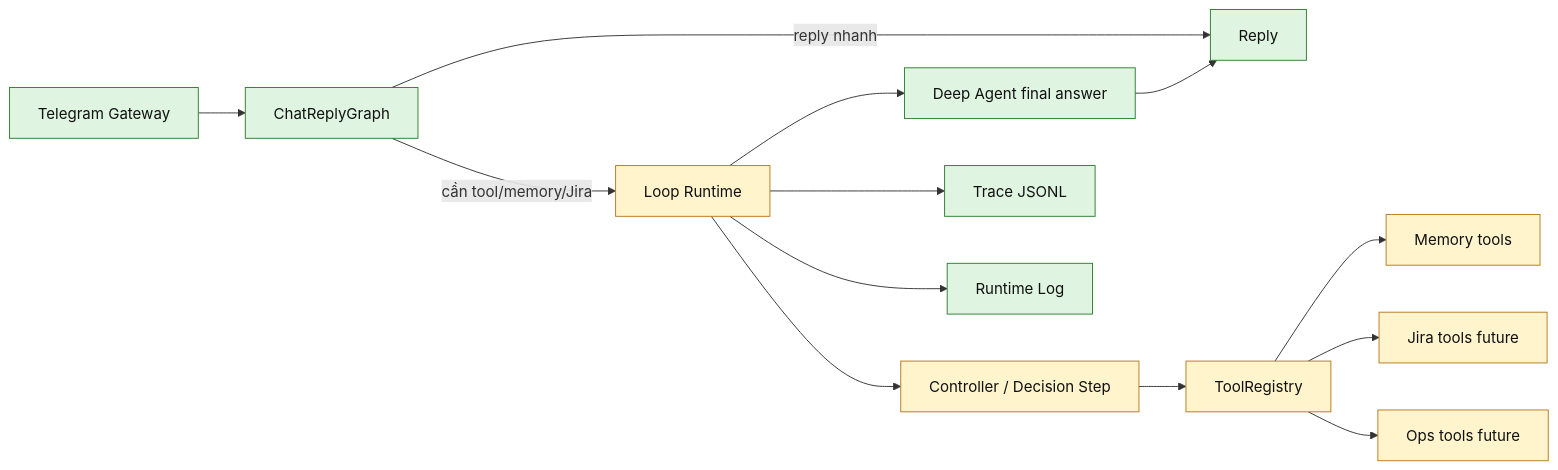
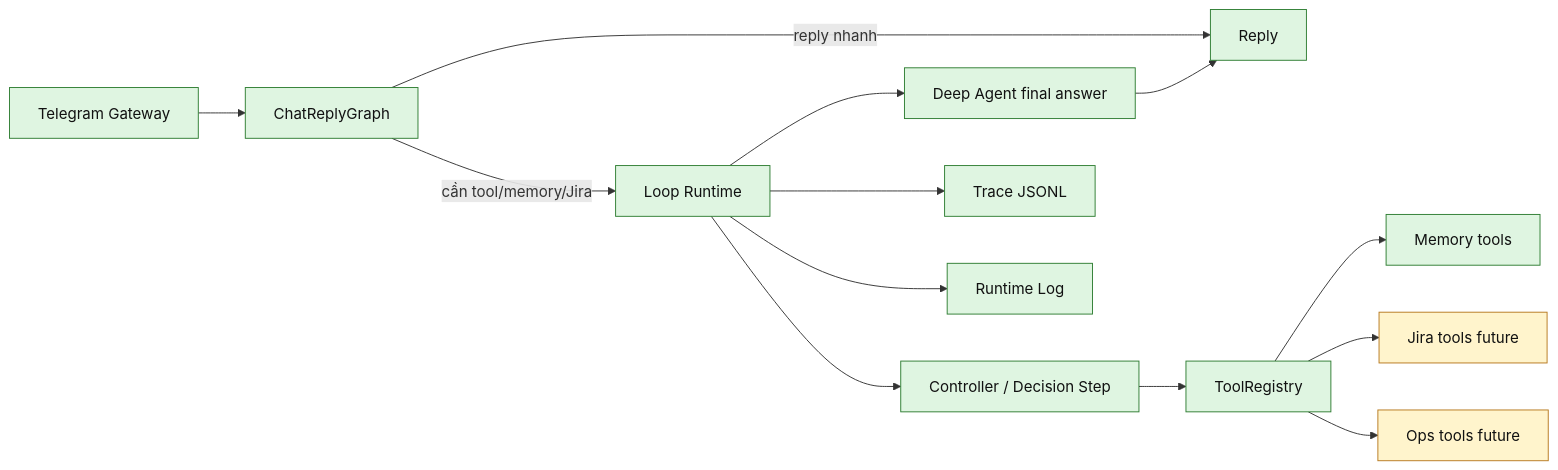
The diagram in docs/loop/architecture.md (LuongAnh1/Niko_Agent), drawn with Mermaid before and after one commit. The commit also changed other lines of this file and 14 other files, not shown here.

````diff
--- a/docs/loop/architecture.md
+++ b/docs/loop/architecture.md
@@ -37,22 +37,22 @@
 ```mermaid
 flowchart LR
     Gateway[Telegram Gateway] --> Graph[ChatReplyGraph]
     Graph -->|reply nhanh| Reply[Reply]
     Graph -->|cần tool/memory/Jira| Loop[Loop Runtime]
     Loop --> Controller[Controller / Decision Step]
     Controller --> Registry[ToolRegistry]
     Registry --> MemoryTools[Memory tools]
     Registry --> JiraTools[Jira tools future]
     Registry --> OpsTools[Ops tools future]
     Loop --> Deep[Deep Agent final answer]
     Deep --> Reply
 
     Loop --> Trace[Trace JSONL]
     Loop --> RuntimeLog[Runtime Log]
 
     classDef done fill:#dff5e1,stroke:#2e7d32,color:#111;
     classDef planned fill:#fff4cc,stroke:#b7791f,color:#111;
 
-    class Gateway,Graph,Reply,Deep,Trace,RuntimeLog done;
-    class Loop,Controller,Registry,MemoryTools,JiraTools,OpsTools planned;
+    class Gateway,Graph,Reply,Deep,Trace,RuntimeLog,Loop,Controller,Registry,MemoryTools done;
+    class JiraTools,OpsTools planned;
 ```
````
